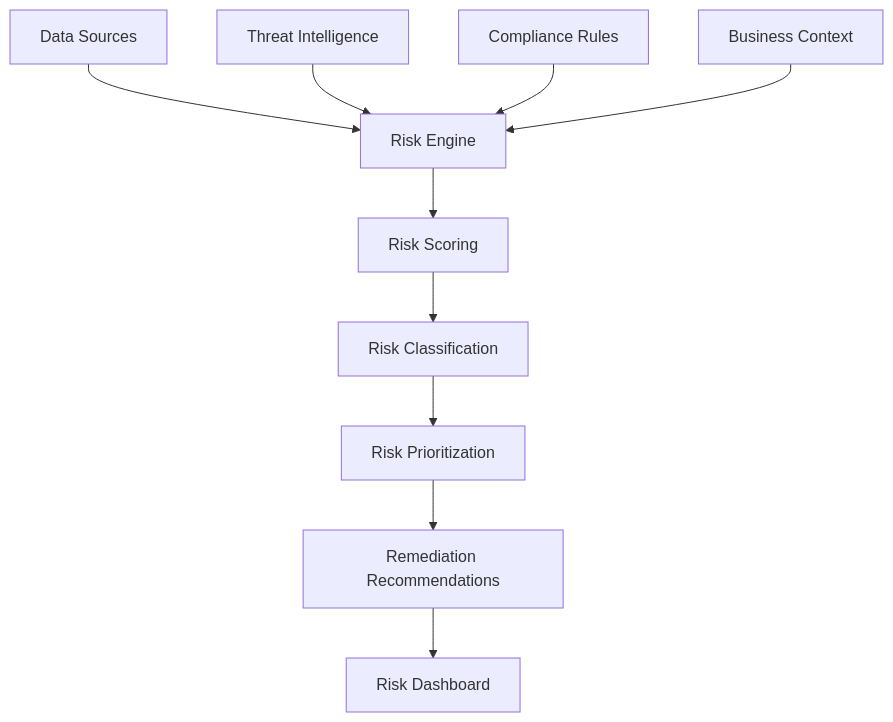
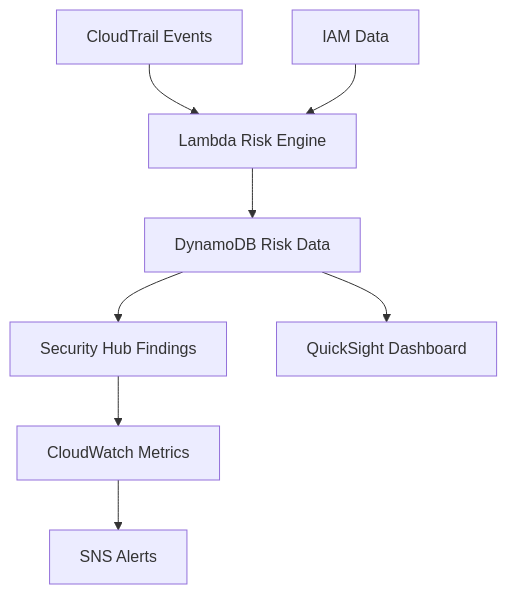
Before and after one commit to trtrantnt/workshop: the diagram in content/6-Danh-gia-Rui-ro/_index.vi.md, drawn with Mermaid. The commit also changed other lines of this file and 46 other files, not shown here.

````diff
--- a/content/6-Danh-gia-Rui-ro/_index.vi.md
+++ b/content/6-Danh-gia-Rui-ro/_index.vi.md
@@ -13,13 +13,10 @@
 ```mermaid
 graph TB
-    A[Data Sources] --> B[Risk Engine]
-    B --> C[Risk Scoring]
-    C --> D[Risk Classification]
-    D --> E[Risk Prioritization]
-    E --> F[Remediation Recommendations]
-    F --> G[Risk Dashboard]
-    
-    H[Threat Intelligence] --> B
-    I[Compliance Rules] --> B
-    J[Business Context] --> B
+    A[CloudTrail Events] --> B[Lambda Risk Engine]
+    C[IAM Data] --> B
+    B --> D[DynamoDB Risk Data]
+    D --> E[Security Hub Findings]
+    E --> F[CloudWatch Metrics]
+    F --> G[SNS Alerts]
+    D --> H[QuickSight Dashboard]
 ```
````
